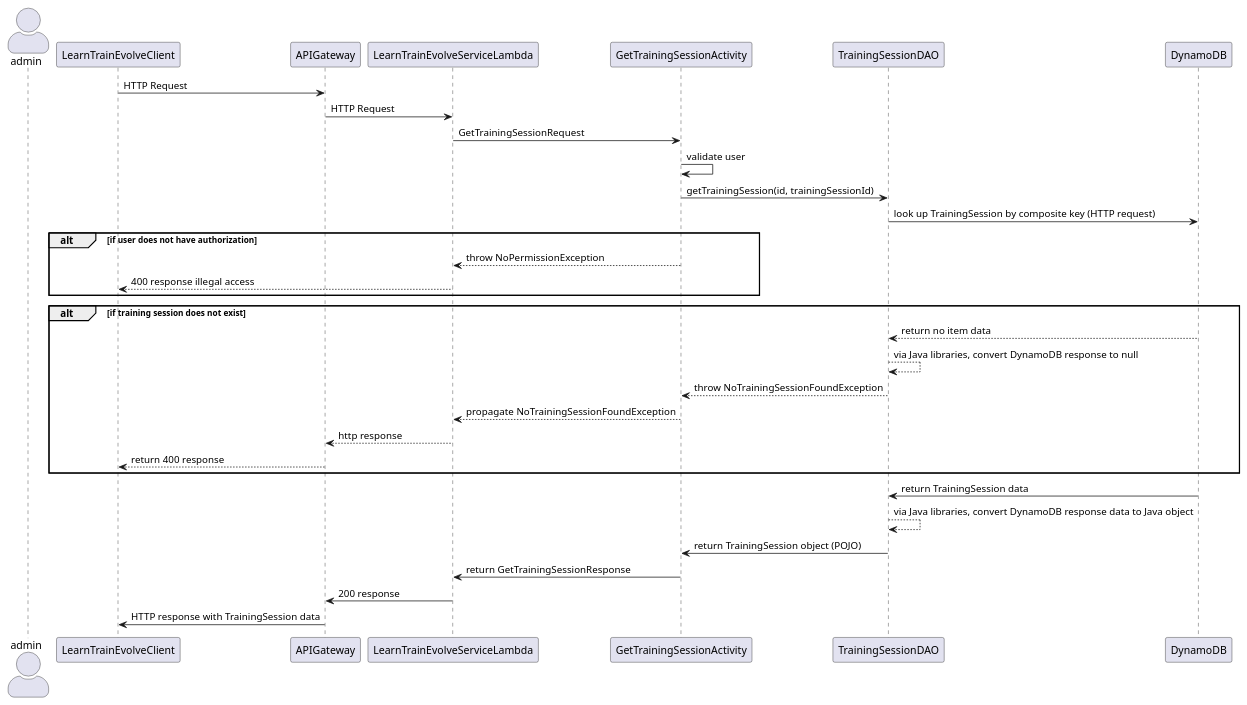
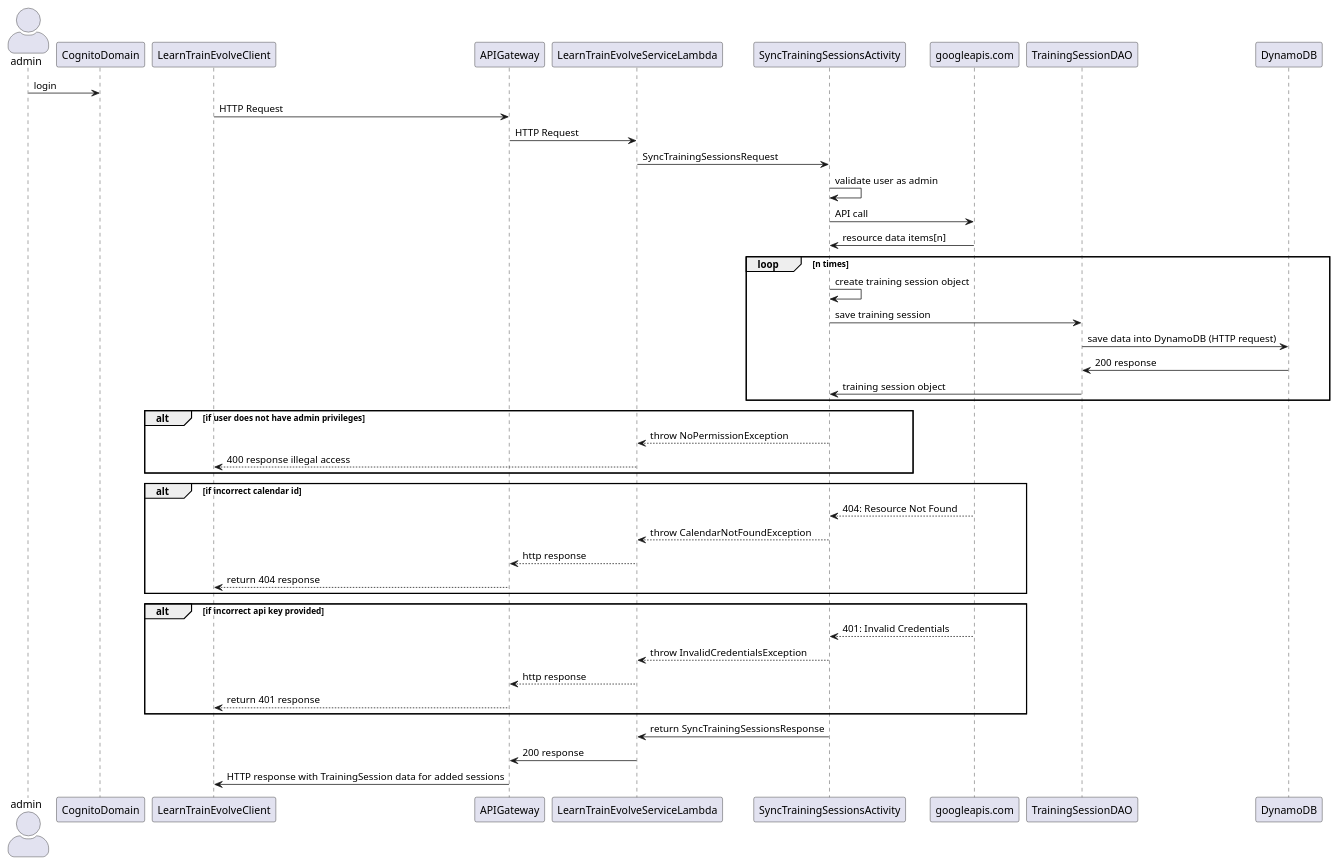
The diagram in app/src/main/resources/SyncTrainingSessionsSequenceDiagram.puml (pemheath/learn-train-evolve), drawn with PlantUML before and after one commit. The commit also changed 2 other files, not shown here.

Commit message:
updated sequence diagrams to reflect architecture change

```diff
--- a/app/src/main/resources/SyncTrainingSessionsSequenceDiagram.puml
+++ b/app/src/main/resources/SyncTrainingSessionsSequenceDiagram.puml
@@ -1,36 +1,46 @@
 @startuml
 
 'https://plantuml.com/sequence-diagram
 skinparam actorStyle awesome
 
 actor admin
 
+admin -> CognitoDomain : login
 LearnTrainEvolveClient -> APIGateway : HTTP Request
 APIGateway -> LearnTrainEvolveServiceLambda : HTTP Request
-LearnTrainEvolveServiceLambda -> GetTrainingSessionActivity : GetTrainingSessionRequest
-GetTrainingSessionActivity -> GetTrainingSessionActivity : validate user
-GetTrainingSessionActivity -> TrainingSessionDAO: getTrainingSession(id, trainingSessionId)
-TrainingSessionDAO -> DynamoDB : look up TrainingSession by composite key (HTTP request)
+LearnTrainEvolveServiceLambda -> SyncTrainingSessionsActivity : SyncTrainingSessionsRequest
+SyncTrainingSessionsActivity -> SyncTrainingSessionsActivity : validate user as admin
+SyncTrainingSessionsActivity -> googleapis.com : API call
+googleapis.com -> SyncTrainingSessionsActivity : resource data items[n]
+    loop n times
+        SyncTrainingSessionsActivity -> SyncTrainingSessionsActivity : create training session object
+        SyncTrainingSessionsActivity -> TrainingSessionDAO : save training session
+        TrainingSessionDAO -> DynamoDB : save data into DynamoDB (HTTP request)
+        DynamoDB -> TrainingSessionDAO : 200 response
+        TrainingSessionDAO -> SyncTrainingSessionsActivity : training session object
+    end
 
-alt if user does not have authorization
-GetTrainingSessionActivity --> LearnTrainEvolveServiceLambda : throw NoPermissionException
+alt if user does not have admin privileges
+SyncTrainingSessionsActivity --> LearnTrainEvolveServiceLambda : throw NoPermissionException
 LearnTrainEvolveServiceLambda --> LearnTrainEvolveClient : 400 response illegal access
 end
 
-alt if training session does not exist
-DynamoDB --> TrainingSessionDAO : return no item data
-TrainingSessionDAO --> TrainingSessionDAO : via Java libraries, convert DynamoDB response to null
-TrainingSessionDAO --> GetTrainingSessionActivity: throw NoTrainingSessionFoundException
-GetTrainingSessionActivity --> LearnTrainEvolveServiceLambda : propagate NoTrainingSessionFoundException
+alt if incorrect calendar id
+googleapis.com --> SyncTrainingSessionsActivity : 404: Resource Not Found
+SyncTrainingSessionsActivity --> LearnTrainEvolveServiceLambda : throw CalendarNotFoundException
 LearnTrainEvolveServiceLambda --> APIGateway : http response
-APIGateway --> LearnTrainEvolveClient : return 400 response
+APIGateway --> LearnTrainEvolveClient : return 404 response
 end
 
-DynamoDB -> TrainingSessionDAO : return TrainingSession data
-TrainingSessionDAO --> TrainingSessionDAO : via Java libraries, convert DynamoDB response data to Java object
-TrainingSessionDAO -> GetTrainingSessionActivity: return TrainingSession object (POJO)
-GetTrainingSessionActivity -> LearnTrainEvolveServiceLambda : return GetTrainingSessionResponse
+alt if incorrect api key provided
+googleapis.com --> SyncTrainingSessionsActivity : 401: Invalid Credentials
+SyncTrainingSessionsActivity --> LearnTrainEvolveServiceLambda : throw InvalidCredentialsException
+LearnTrainEvolveServiceLambda --> APIGateway : http response
+APIGateway --> LearnTrainEvolveClient : return 401 response
+end
+
+SyncTrainingSessionsActivity -> LearnTrainEvolveServiceLambda : return SyncTrainingSessionsResponse
 LearnTrainEvolveServiceLambda -> APIGateway : 200 response
-APIGateway -> LearnTrainEvolveClient : HTTP response with TrainingSession data
+APIGateway -> LearnTrainEvolveClient : HTTP response with TrainingSession data for added sessions
 
 @enduml
```
